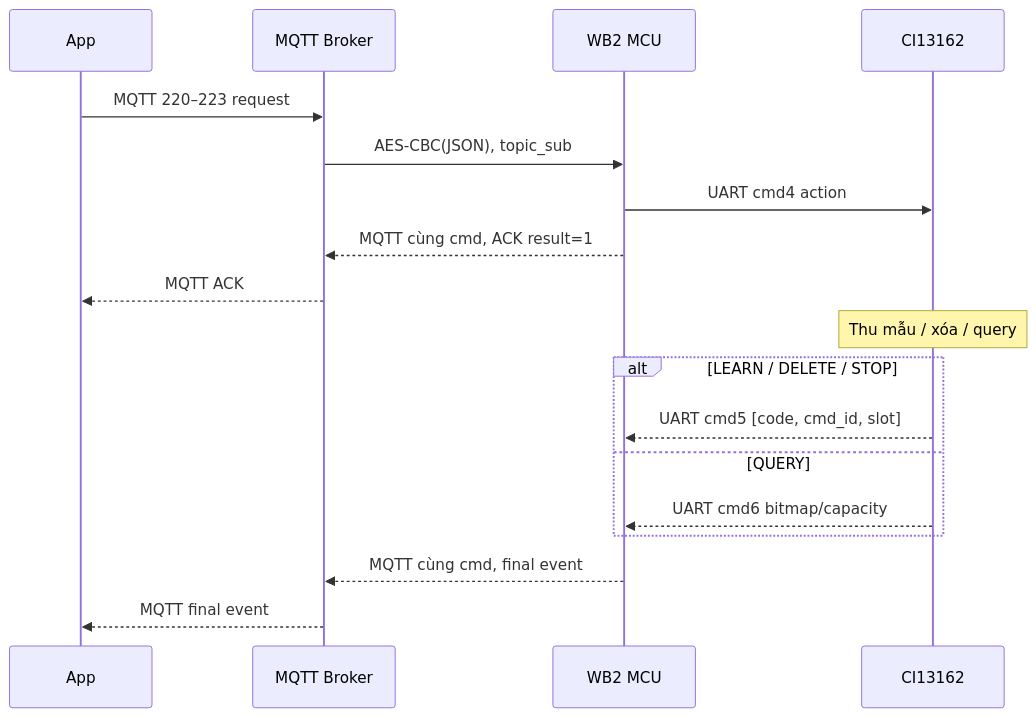
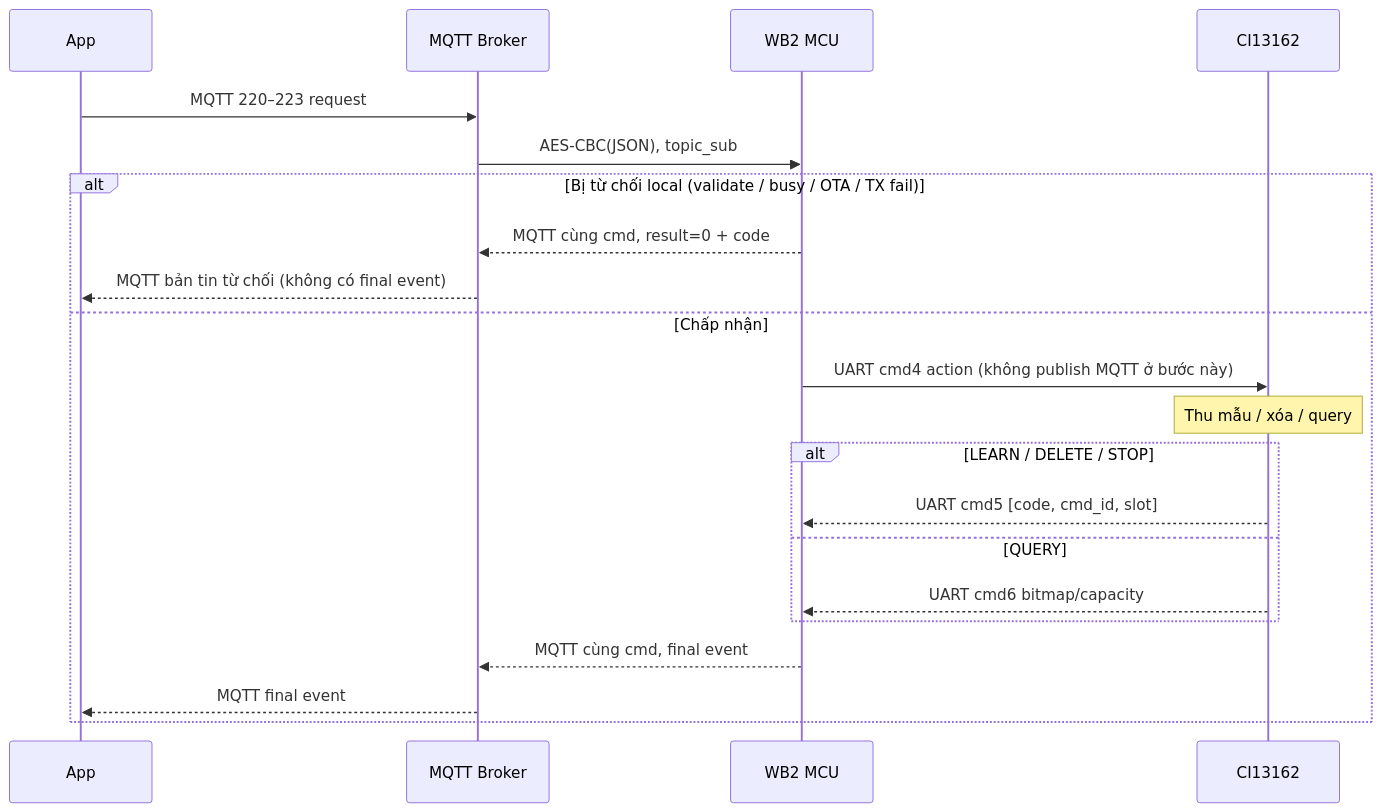
One commit to dangcongtao/wb2_voice_offline changed the diagram in CWSL_MQTT_SPEC.md. Above: the diagram before and after it, drawn with Mermaid. The commit also changed other lines of this file and 6 other files, not shown here.

````diff
--- a/CWSL_MQTT_SPEC.md
+++ b/CWSL_MQTT_SPEC.md
@@ -250,24 +251,27 @@
 ```mermaid
 sequenceDiagram
     participant App
     participant Broker as MQTT Broker
     participant WB2 as WB2 MCU
     participant Voice as CI13162
 
     App->>Broker: MQTT 220–223 request
     Broker->>WB2: AES-CBC(JSON), topic_sub
-    WB2->>Voice: UART cmd4 action
-    WB2-->>Broker: MQTT cùng cmd, ACK result=1
-    Broker-->>App: MQTT ACK
+    alt Bị từ chối local (validate / busy / OTA / TX fail)
+        WB2-->>Broker: MQTT cùng cmd, result=0 + code
+        Broker-->>App: MQTT bản tin từ chối (không có final event)
+    else Chấp nhận
+        WB2->>Voice: UART cmd4 action (không publish MQTT ở bước này)
 
-    Note over Voice: Thu mẫu / xóa / query
+        Note over Voice: Thu mẫu / xóa / query
 
-    alt LEARN / DELETE / STOP
-        Voice-->>WB2: UART cmd5 [code, cmd_id, slot]
-    else QUERY
-        Voice-->>WB2: UART cmd6 bitmap/capacity
+        alt LEARN / DELETE / STOP
+            Voice-->>WB2: UART cmd5 [code, cmd_id, slot]
+        else QUERY
+            Voice-->>WB2: UART cmd6 bitmap/capacity
+        end
+
+        WB2-->>Broker: MQTT cùng cmd, final event
+        Broker-->>App: MQTT final event
     end
-
-    WB2-->>Broker: MQTT cùng cmd, final event
-    Broker-->>App: MQTT final event
 ```
````
